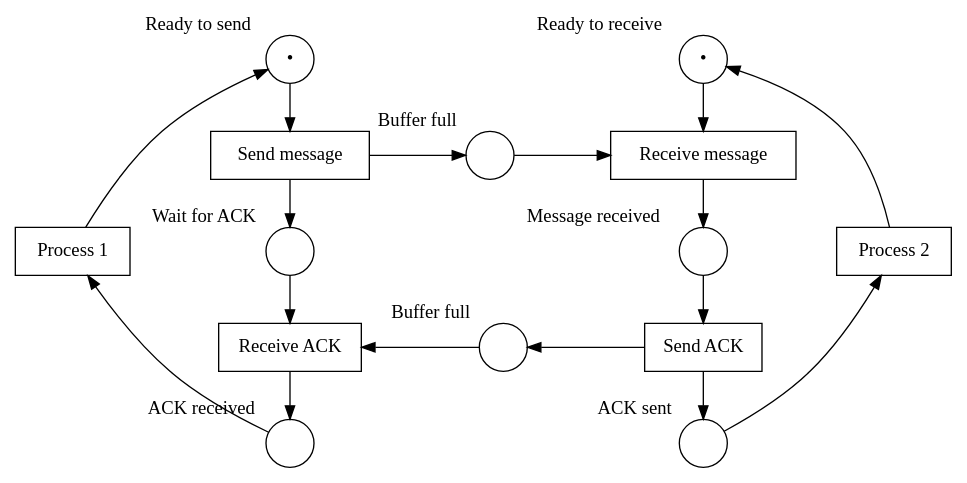
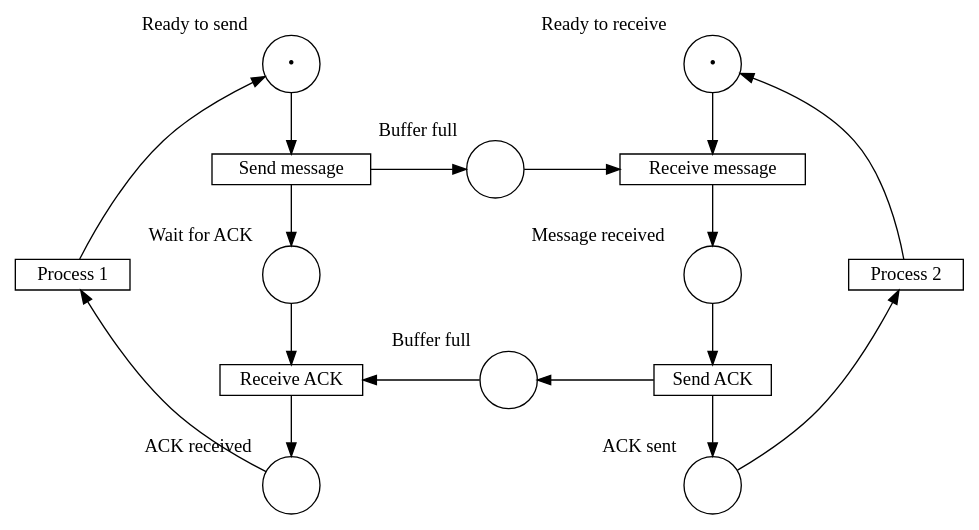
Before and after one commit to hlisdero/thesis: the diagram in dot/communication-protocols-example.dot, drawn with Graphviz. The commit also changed 9 other files, not shown here.

First line of the commit message:
Unify the look of the remaining diagrams for the Petri net modelling example. Convert to SVG.

```diff
--- a/dot/communication-protocols-example.dot
+++ b/dot/communication-protocols-example.dot
@@ -1,37 +1,37 @@
 digraph communication_protocol {
     nodesep=1.0;
-    P1 [shape="circle" xlabel="Ready to send" label="•"];
-    P2 [shape="circle" xlabel="Wait for ACK" label=""];
-    P3 [shape="circle" xlabel="ACK received" label=""];
-    P4 [shape="circle" xlabel="Ready to receive" label="•"];
-    P5 [shape="circle" xlabel="Message received" label=""];
-    P6 [shape="circle" xlabel="ACK sent" label=""];
-    P7 [shape="circle" xlabel="Buffer full" label=""];
-    P8 [shape="circle" xlabel="Buffer full" label=""];
+    P1 [width=0.6 shape="circle" xlabel="Ready to send" label="•"];
+    P2 [width=0.6 shape="circle" xlabel="Wait for ACK" label=""];
+    P3 [width=0.6 shape="circle" xlabel="ACK received" label=""];
+    P4 [width=0.6 shape="circle" xlabel="Ready to receive" label="•"];
+    P5 [width=0.6 shape="circle" xlabel="Message received" label=""];
+    P6 [width=0.6 shape="circle" xlabel="ACK sent" label=""];
+    P7 [width=0.6 shape="circle" xlabel="Buffer full" label=""];
+    P8 [width=0.6 shape="circle" xlabel="Buffer full" label=""];
     
-    T1 [shape="box" xlabel="" label="Process 1"];
-    T2 [shape="box" xlabel="" label="Send message"];
-    T3 [shape="box" xlabel="" label="Receive ACK"];
-    T4 [shape="box" xlabel="" label="Process 2"];
-    T5 [shape="box" xlabel="" label="Receive message"];
-    T6 [shape="box" xlabel="" label="Send ACK"];
+    T1 [height=0.1 shape="box" xlabel="" label="Process 1"];
+    T2 [height=0.1 shape="box" xlabel="" label="Send message"];
+    T3 [height=0.1 shape="box" xlabel="" label="Receive ACK"];
+    T4 [height=0.1 shape="box" xlabel="" label="Process 2"];
+    T5 [height=0.1 shape="box" xlabel="" label="Receive message"];
+    T6 [height=0.1 shape="box" xlabel="" label="Send ACK"];
 
     // Process 1 loop
     T1 -> P1 [weight=0.25];
     P1 -> T2 -> P2 -> T3 -> P3;
     P3 -> T1 [weight=0.25];
     // Process 2 loop
     T4 -> P4 [weight=0.25, constraint=false];
     P4 -> T5 -> P5 -> T6 -> P6;
     P6 -> T4 [weight=0.25, constraint=false];
     // Buffer full
     T2 -> P7 -> T5;
     T6 -> P8 -> T3 [weight=0.25];
 
     // Order the nodes in 5 different levels
     {rank = min; P1; P4;}    
     {rank = same; T2; P7; T5;}
     {rank = same; T1; P2; P5; T4;}
     {rank = same; T6; P8; T3;}
     {rank = same; P3; P6;}
 }
```
